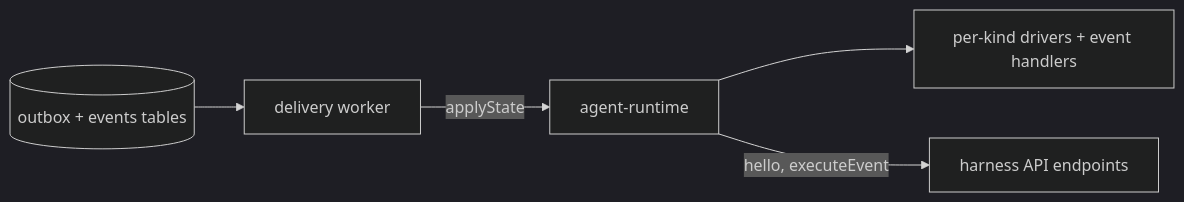
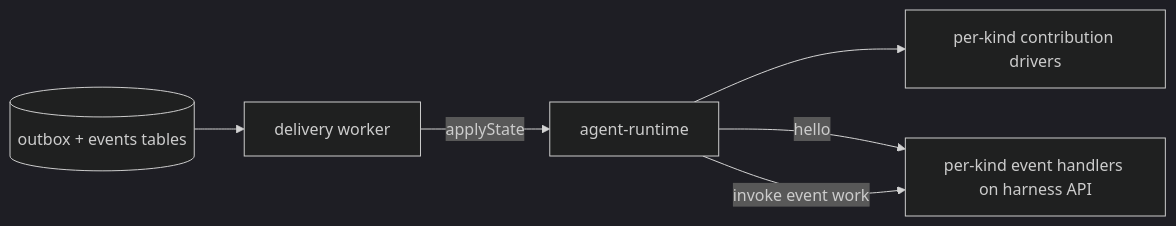
The second of 6 diagrams in docs/architecture/connections.md (dam-agents/dam), drawn with Mermaid (dark theme) before and after one commit. The commit also changed other lines of this file and 3 other files, not shown here.

First line of the commit message:
docs: top-level version, cursor-based ack, abstract per-kind event handler

````diff
--- a/docs/architecture/connections.md
+++ b/docs/architecture/connections.md
@@ -48,13 +48,14 @@
 ```mermaid
 flowchart LR
   outbox[(outbox + events tables)]
   worker[delivery worker]
   rt[agent-runtime]
-  drivers[per-kind drivers + event handlers]
-  harness[harness API endpoints]
+  drivers[per-kind contribution drivers]
+  handlers[per-kind event handlers on harness API]
 
   outbox --> worker
   worker -->|applyState| rt
   rt --> drivers
-  rt -->|hello, executeEvent| harness
+  rt -->|hello| handlers
+  rt -->|invoke event work| handlers
 ```
````
